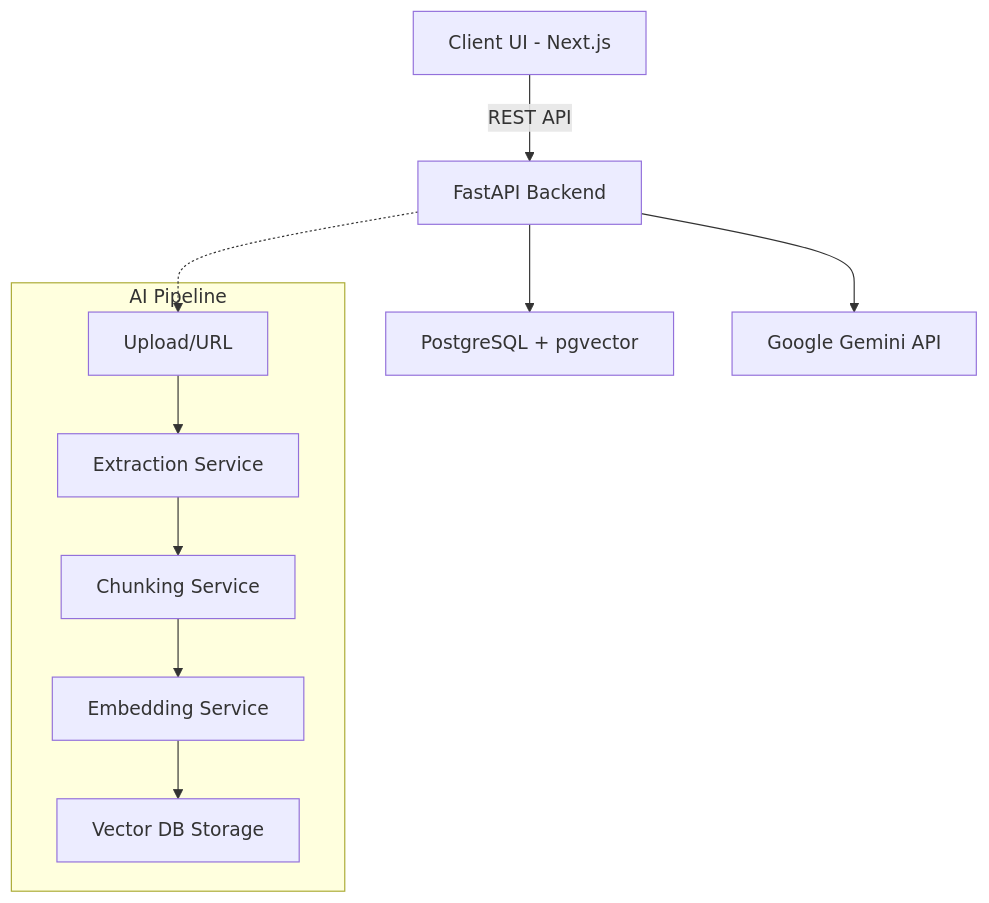
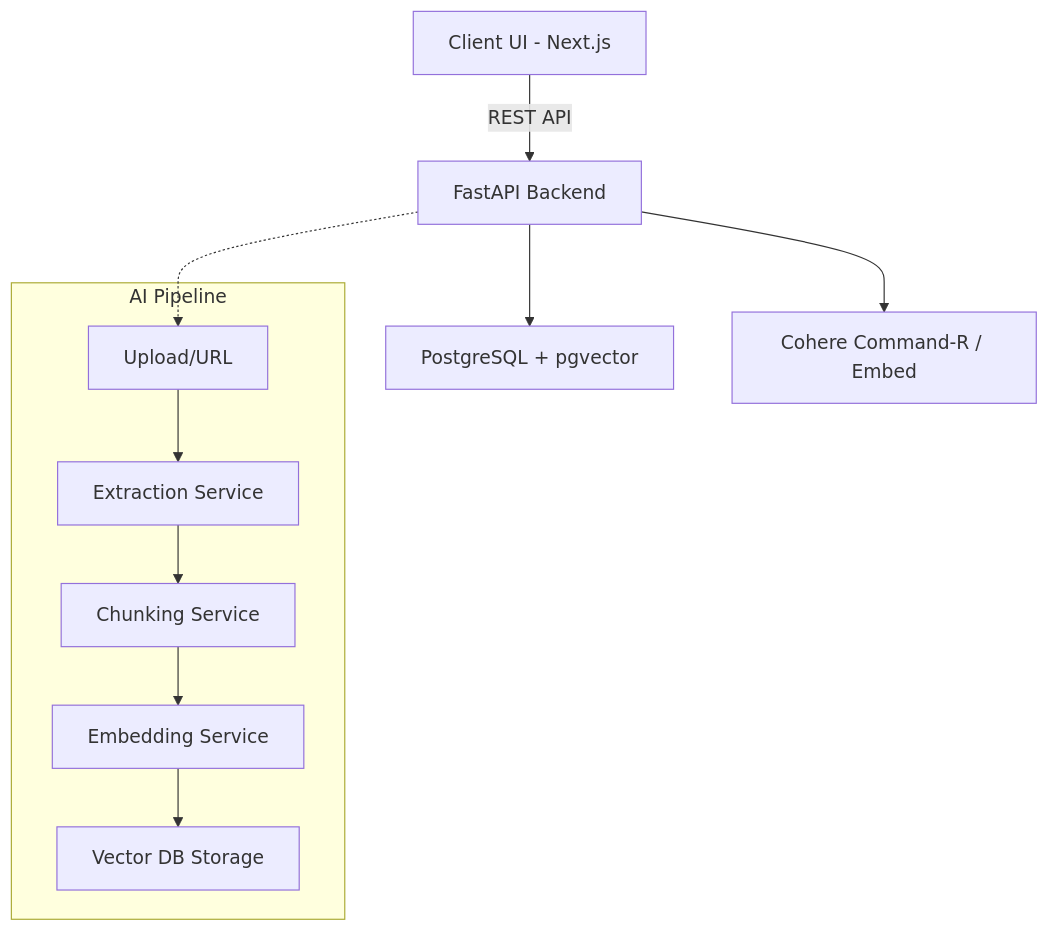
The diagram in README.md (Ramkrishna45/DocSense-AI), drawn with Mermaid before and after one commit. The commit also changed other lines of this file, not shown here.

Commit message:
Docs: Update README with current Cohere AI stack, architecture changes, and new features

````diff
--- a/README.md
+++ b/README.md
@@ -47,15 +39,15 @@
 ```mermaid
 graph TD
     A[Client UI - Next.js] -->|REST API| B[FastAPI Backend]
     B --> C[PostgreSQL + pgvector]
-    B --> D[Google Gemini API]
+    B --> D[Cohere Command-R / Embed]
     
     subgraph AI Pipeline
     E[Upload/URL] --> F[Extraction Service]
     F --> G[Chunking Service]
     G --> H[Embedding Service]
     H --> I[Vector DB Storage]
     end
     
     B -.-> E
 ```
````
